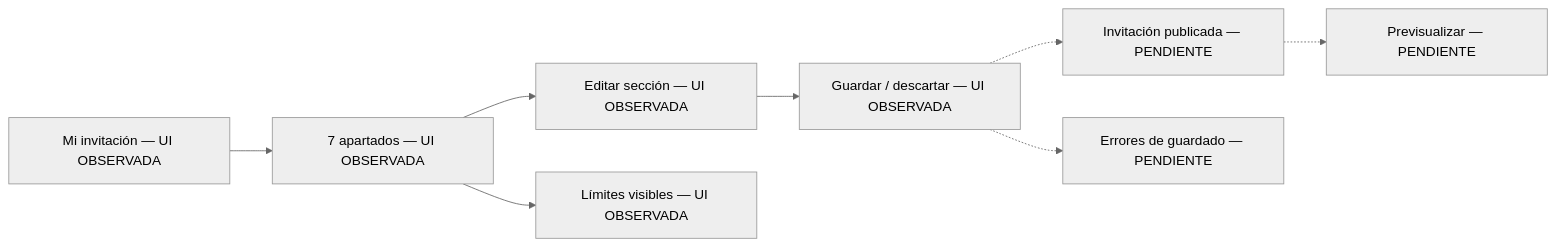
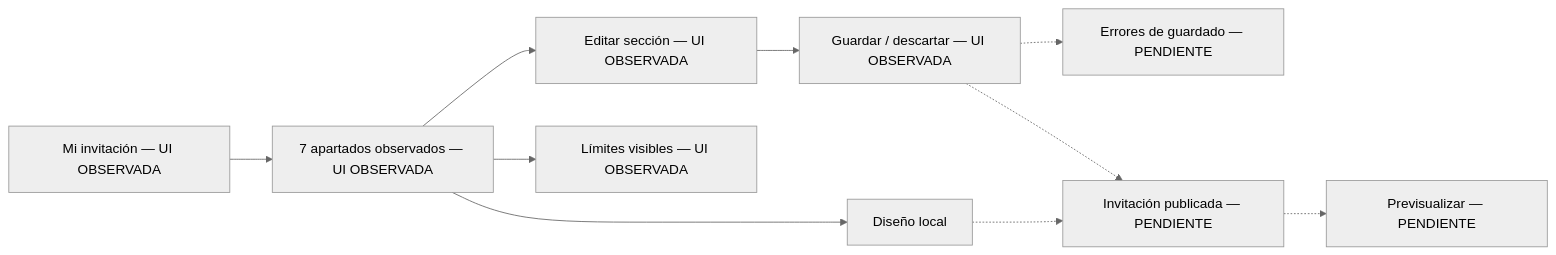
The diagram in docs/diagrams/client-editor.mmd (ZpectralCrystals/nupcial-saas), drawn with Mermaid (neutral theme) before and after one commit. The commit also changed 52 other files, not shown here.

```diff
--- a/docs/diagrams/client-editor.mmd
+++ b/docs/diagrams/client-editor.mmd
@@ -1,16 +1,19 @@
 flowchart LR
   editor["Mi invitación — UI OBSERVADA"]
-  sections["7 apartados — UI OBSERVADA"]
+  sections["7 apartados observados — UI OBSERVADA"]
   draft["Editar sección — UI OBSERVADA"]
   save["Guardar / descartar — UI OBSERVADA"]
-  public["Invitación publicada — PENDIENTE"]
+  design["Diseño local"]
   limits["Límites visibles — UI OBSERVADA"]
   errors["Errores de guardado — PENDIENTE"]
+  public["Invitación publicada — PENDIENTE"]
   preview["Previsualizar — PENDIENTE"]
   editor --> sections
   sections --> draft
   draft --> save
-  save -.-> public
+  sections --> design
   sections --> limits
   save -.-> errors
+  save -.-> public
+  design -.-> public
   public -.-> preview
```
